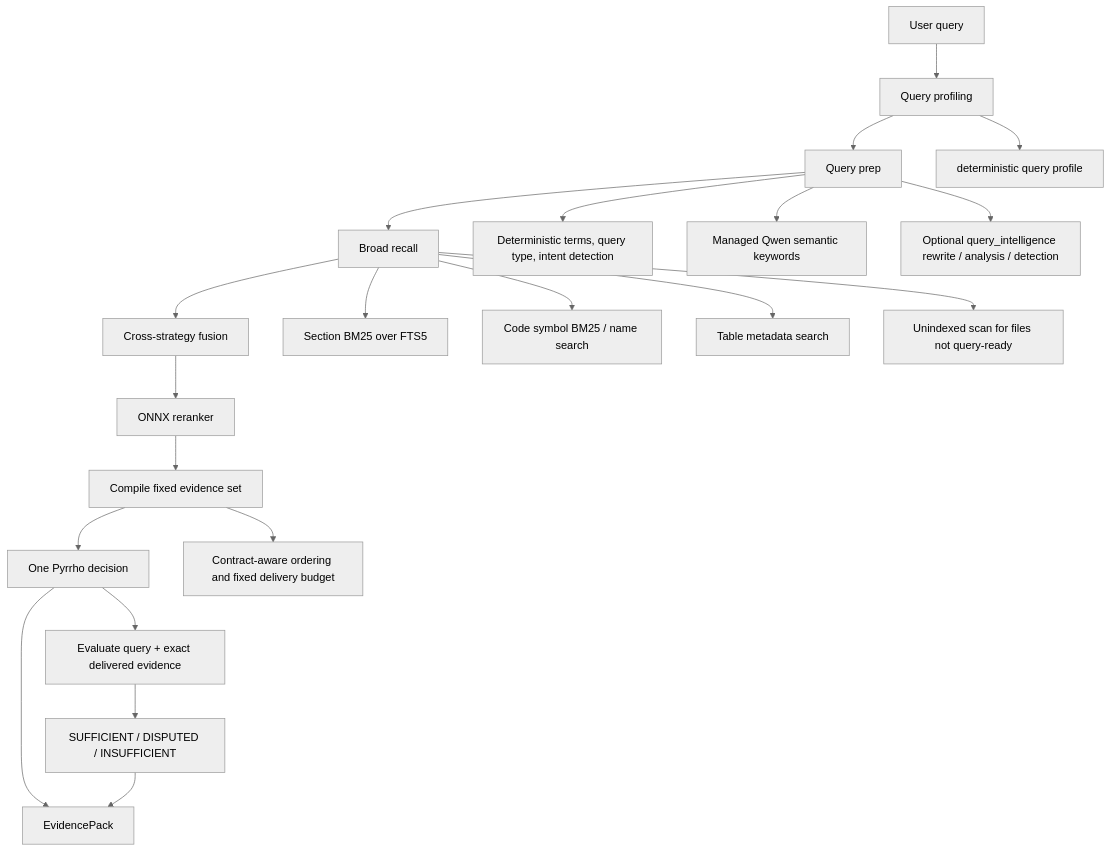
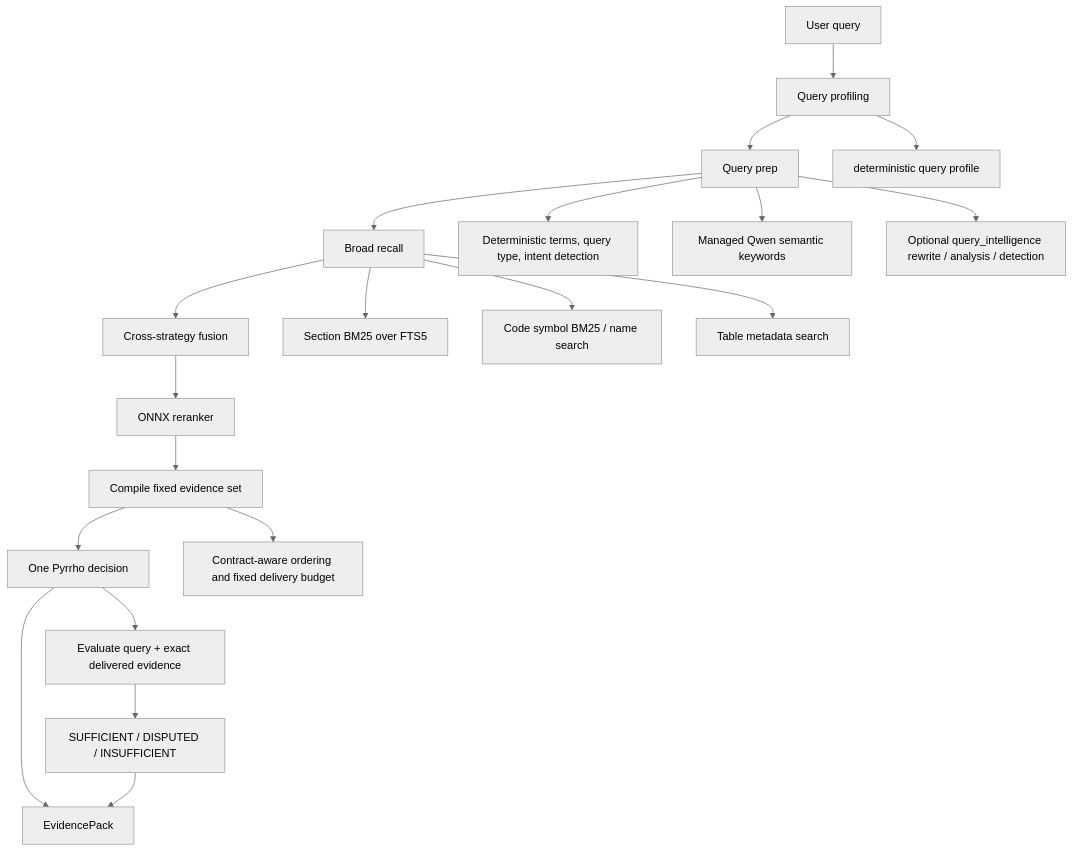
The second of 4 diagrams in docs/RETRIEVAL_PIPELINE.md (yafitzdev/fitz), drawn with Mermaid (neutral theme) before and after one commit. The commit also changed other lines of this file and 23 other files, not shown here.

````diff
--- a/docs/RETRIEVAL_PIPELINE.md
+++ b/docs/RETRIEVAL_PIPELINE.md
@@ -66,27 +65,26 @@
 ```mermaid
 flowchart TD
     Q["User query"] --> C["Query profiling"]
     C --> P["Query prep"]
     P --> R["Broad recall"]
     R --> X["Cross-strategy fusion"]
     X --> K["ONNX reranker"]
     K --> F["Compile fixed evidence set"]
     F --> G["One Pyrrho decision"]
     G --> E["EvidencePack"]
 
     C --> C1["deterministic query profile"]
 
     P --> P1["Deterministic terms, query type, intent detection"]
     P --> P2["Managed Qwen semantic keywords"]
     P --> P3["Optional query_intelligence rewrite / analysis / detection"]
 
     R --> R1["Section BM25 over FTS5"]
     R --> R2["Code symbol BM25 / name search"]
     R --> R3["Table metadata search"]
-    R --> R4["Unindexed scan for files not query-ready"]
 
     F --> F1["Contract-aware ordering and fixed delivery budget"]
     G --> G1["Evaluate query + exact delivered evidence"]
     G1 --> G2["SUFFICIENT / DISPUTED / INSUFFICIENT"]
     G2 --> E
 ```
````
